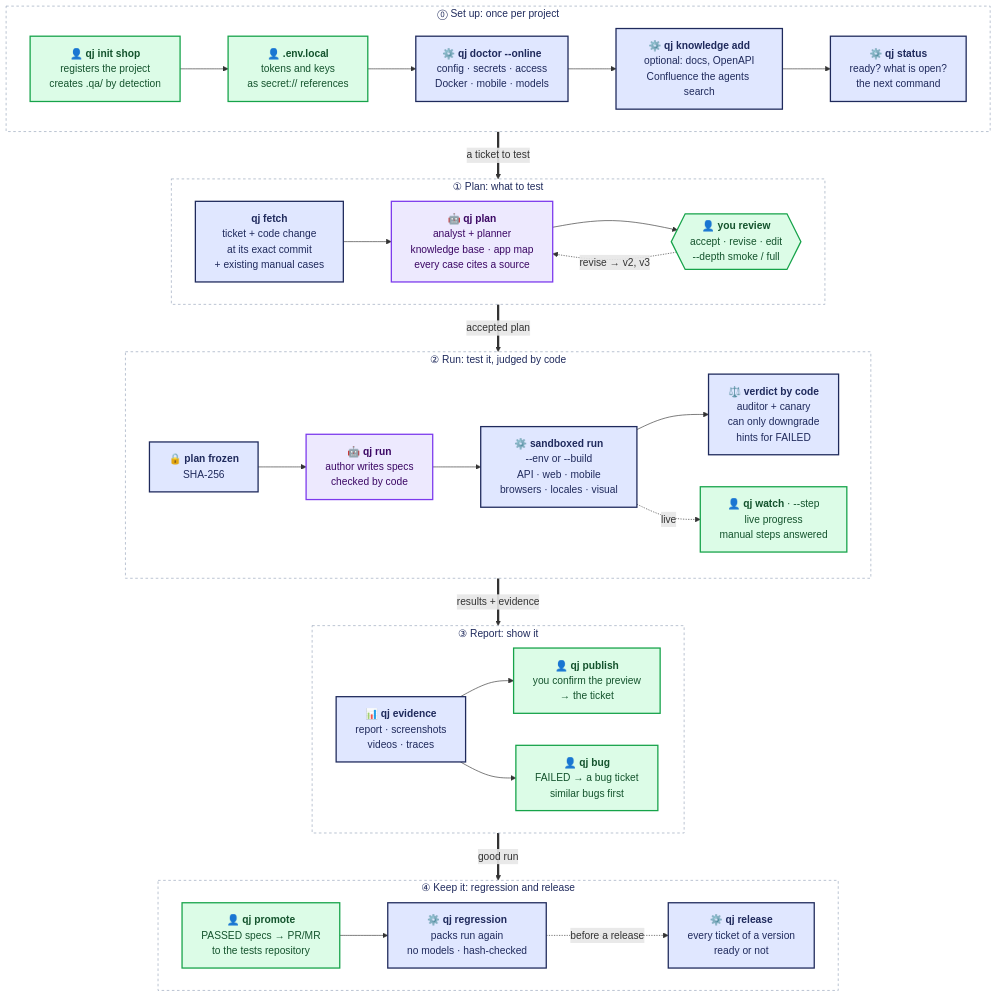
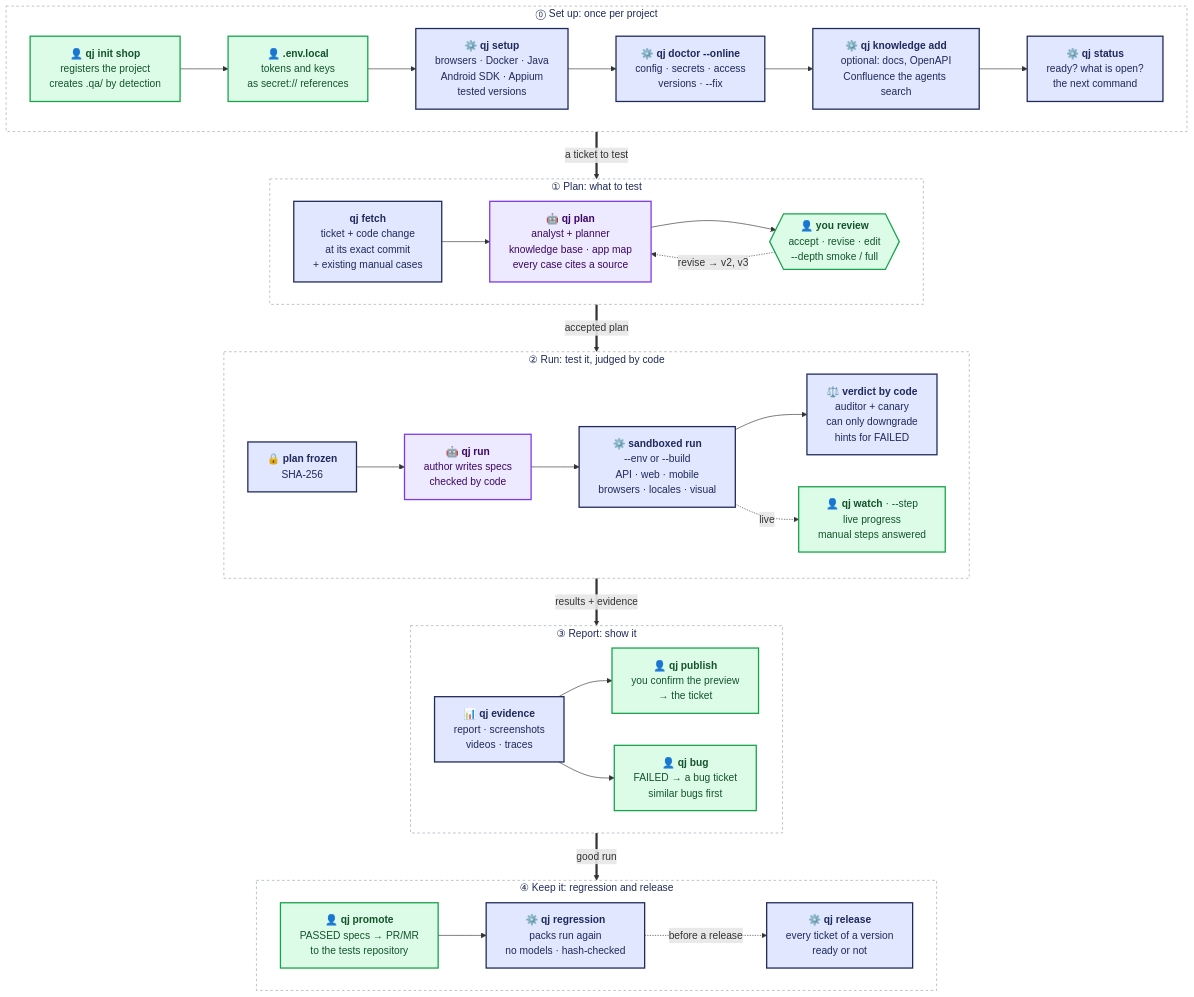
The diagram in docs/assets/qajitsu-flow.mmd (BogiLoco/qajitsu), drawn with Mermaid before and after one commit. The commit also changed 21 other files, not shown here.

First line of the commit message:
feat(cli): qj setup and qj doctor --fix

```diff
--- a/docs/assets/qajitsu-flow.mmd
+++ b/docs/assets/qajitsu-flow.mmd
@@ -1,57 +1,58 @@
 flowchart TB
     subgraph SETUP["⓪ Set up: once per project"]
         direction LR
         init["👤 <b>qj init shop</b><br/>registers the project<br/>creates .qa/ by detection"]
         secrets["👤 <b>.env.local</b><br/>tokens and keys<br/>as secret:// references"]
-        doctor["⚙️ <b>qj doctor --online</b><br/>config · secrets · access<br/>Docker · mobile · models"]
+        setup["⚙️ <b>qj setup</b><br/>browsers · Docker · Java<br/>Android SDK · Appium<br/>tested versions"]
+        doctor["⚙️ <b>qj doctor --online</b><br/>config · secrets · access<br/>versions · --fix"]
         knowledge["⚙️ <b>qj knowledge add</b><br/>optional: docs, OpenAPI<br/>Confluence the agents search"]
         status["⚙️ <b>qj status</b><br/>ready? what is open?<br/>the next command"]
-        init --> secrets --> doctor --> knowledge --> status
+        init --> secrets --> setup --> doctor --> knowledge --> status
     end
     subgraph PLAN["① Plan: what to test"]
         direction LR
         fetch["<b>qj fetch</b><br/>ticket + code change<br/>at its exact commit<br/>+ existing manual cases"]
         plan["🤖 <b>qj plan</b><br/>analyst + planner<br/>knowledge base · app map<br/>every case cites a source"]
         review{{"👤 <b>you review</b><br/>accept · revise · edit<br/>--depth smoke / full"}}
         fetch --> plan --> review
         review -. "revise → v2, v3" .-> plan
     end
     subgraph RUN["② Run: test it, judged by code"]
         direction LR
         freeze["🔒 <b>plan frozen</b><br/>SHA-256"]
         author["🤖 <b>qj run</b><br/>author writes specs<br/>checked by code"]
         runner["⚙️ <b>sandboxed run</b><br/>--env or --build<br/>API · web · mobile<br/>browsers · locales · visual"]
         verdict["⚖️ <b>verdict by code</b><br/>auditor + canary<br/>can only downgrade<br/>hints for FAILED"]
         freeze --> author --> runner --> verdict
         watch["👤 <b>qj watch</b> · --step<br/>live progress<br/>manual steps answered"]
         runner -. "live" .-> watch
     end
     subgraph REPORT["③ Report: show it"]
         direction LR
         evidence["📊 <b>qj evidence</b><br/>report · screenshots<br/>videos · traces"]
         publish["👤 <b>qj publish</b><br/>you confirm the preview<br/>→ the ticket"]
         bug["👤 <b>qj bug</b><br/>FAILED → a bug ticket<br/>similar bugs first"]
         evidence --> publish
         evidence --> bug
     end
     subgraph KEEP["④ Keep it: regression and release"]
         direction LR
         promote["👤 <b>qj promote</b><br/>PASSED specs → PR/MR<br/>to the tests repository"]
         regression["⚙️ <b>qj regression</b><br/>packs run again<br/>no models · hash-checked"]
         release["⚙️ <b>qj release</b><br/>every ticket of a version<br/>ready or not"]
         promote --> regression
         regression -. "before a release" .-> release
     end
     SETUP == "a ticket to test" ==> PLAN
     PLAN == "accepted plan" ==> RUN
     RUN == "results + evidence" ==> REPORT
     REPORT == "good run" ==> KEEP
 
     classDef human fill:#dcfce7,stroke:#16a34a,color:#14532d,stroke-width:2px
     classDef agent fill:#ede9fe,stroke:#7c3aed,color:#3b0764,stroke-width:2px
     classDef code fill:#e0e7ff,stroke:#1f2a5c,color:#1f2a5c,stroke-width:2px
     classDef stage fill:#ffffff,stroke:#94a3b8,color:#1f2a5c,stroke-dasharray:4 4
     class init,secrets,review,publish,watch,bug,promote human
     class plan,author agent
-    class doctor,knowledge,status,fetch,freeze,runner,verdict,evidence,regression,release code
+    class setup,doctor,knowledge,status,fetch,freeze,runner,verdict,evidence,regression,release code
     class SETUP,PLAN,RUN,REPORT,KEEP stage
```
